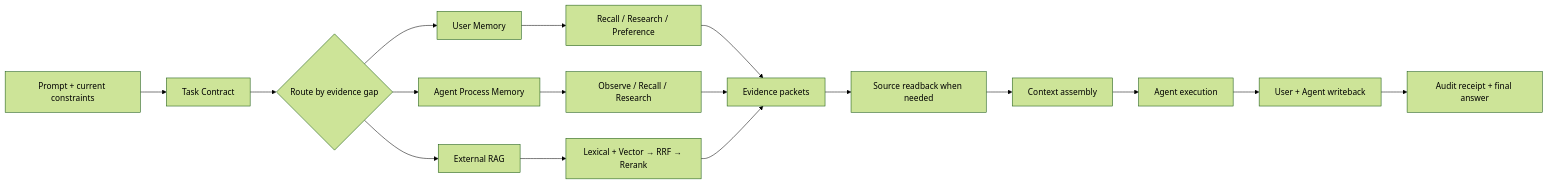
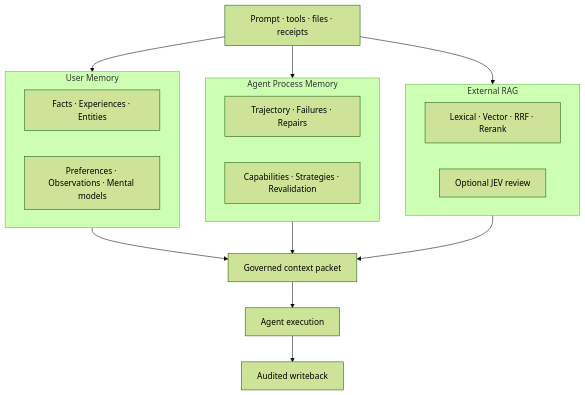
Before and after one commit to 94Hao94/evolving-profile: the diagram in README.md, drawn with Mermaid (forest theme). The commit also changed other lines of this file and 3 other files, not shown here.

````diff
--- a/README.md
+++ b/README.md
@@ -164,19 +71,23 @@
 ```mermaid
-flowchart LR
-    P[Prompt + current constraints] --> C[Task Contract]
-    C --> F{Route by evidence gap}
-    F --> U[User Memory]
-    F --> A[Agent Process Memory]
-    F --> R[External RAG]
-    U --> U1[Recall / Research / Preference]
-    A --> A1[Observe / Recall / Research]
-    R --> R1[Lexical + Vector → RRF → Rerank]
-    U1 --> Q[Evidence packets]
-    A1 --> Q
-    R1 --> Q
-    Q --> S[Source readback when needed]
-    S --> X[Context assembly]
-    X --> E[Agent execution]
-    E --> W[User + Agent writeback]
-    W --> Z[Audit receipt + final answer]
+flowchart TB
+    S[Prompt · tools · files · receipts] --> U
+    S --> A
+    S --> R
+    subgraph U[User Memory]
+      U1[Facts · Experiences · Entities]
+      U2[Preferences · Observations · Mental models]
+    end
+    subgraph A[Agent Process Memory]
+      A1[Trajectory · Failures · Repairs]
+      A2[Capabilities · Strategies · Revalidation]
+    end
+    subgraph R[External RAG]
+      R1[Lexical · Vector · RRF · Rerank]
+      R2[Optional JEV review]
+    end
+    U --> P[Governed context packet]
+    A --> P
+    R --> P
+    P --> X[Agent execution]
+    X --> W[Audited writeback]
 ```
````
